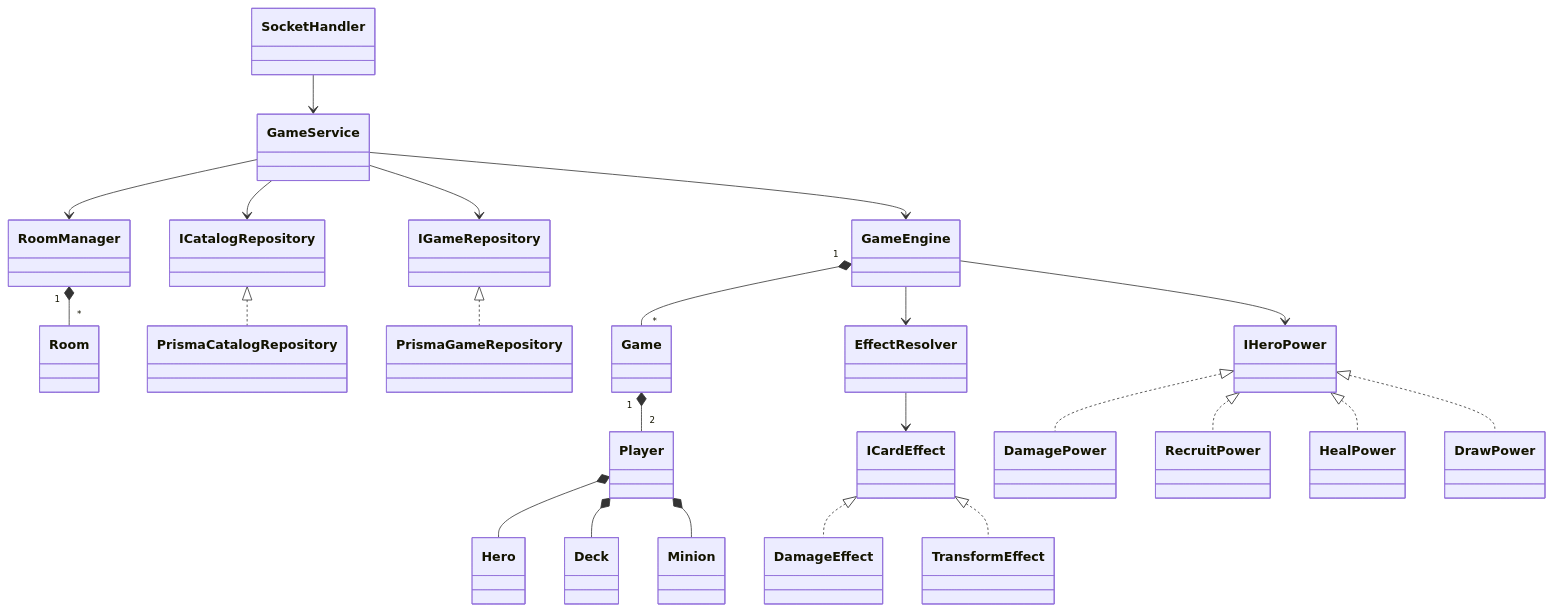
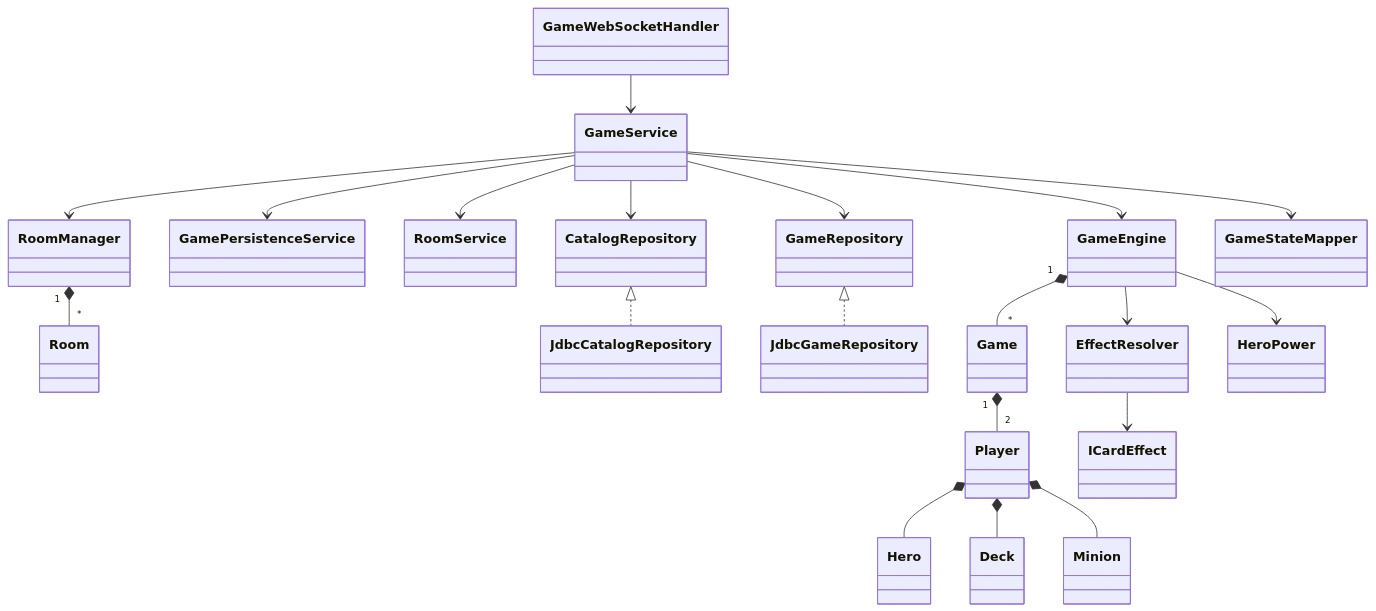
One commit to dongchoido/GamethebaihaynhatVN changed the fifth of 6 diagrams in docs/ARCHITECTURE.md. Above: the diagram before and after it, drawn with Mermaid. The commit also changed other lines of this file and 111 other files, not shown here.

Commit message:
refactor(oop): GameCharacter inheritance, encapsulation, mapper, SRP split, 47 JUnit + docs

````diff
--- a/docs/ARCHITECTURE.md
+++ b/docs/ARCHITECTURE.md
@@ -32,25 +82,22 @@
 ```mermaid
 classDiagram
-  SocketHandler --> GameService
+  GameWebSocketHandler --> GameService
   GameService --> RoomManager
+  GameService --> GamePersistenceService
+  GameService --> RoomService
   RoomManager "1" *-- "*" Room
   GameService --> GameEngine
-  GameService --> ICatalogRepository
-  GameService --> IGameRepository
-  ICatalogRepository <|.. PrismaCatalogRepository
-  IGameRepository <|.. PrismaGameRepository
+  GameService --> CatalogRepository
+  GameService --> GameRepository
+  CatalogRepository <|.. JdbcCatalogRepository
+  GameRepository <|.. JdbcGameRepository
   GameEngine "1" *-- "*" Game
   Game "1" *-- "2" Player
   Player *-- Hero
   Player *-- Deck
   Player *-- Minion
   GameEngine --> EffectResolver
   EffectResolver --> ICardEffect
-  ICardEffect <|.. DamageEffect
-  ICardEffect <|.. TransformEffect
-  GameEngine --> IHeroPower
-  IHeroPower <|.. DamagePower
-  IHeroPower <|.. RecruitPower
-  IHeroPower <|.. HealPower
-  IHeroPower <|.. DrawPower
+  GameEngine --> HeroPower
+  GameService --> GameStateMapper
 ```
````
